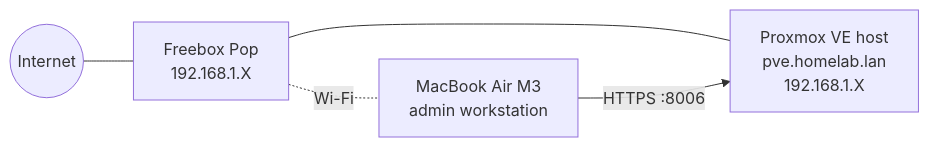
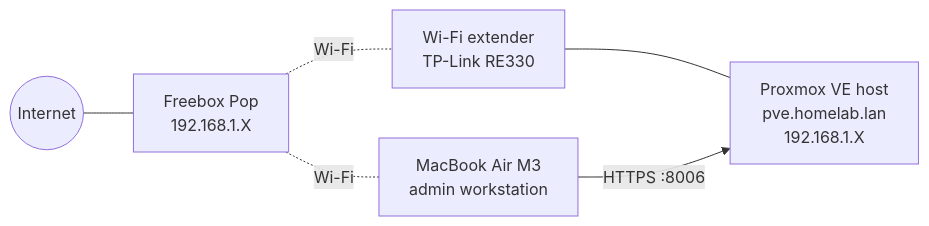
Before and after one commit to ObrouEva/homelab: the diagram in README.md, drawn with Mermaid. The commit also changed other lines of this file and 4 other files, not shown here.

````diff
--- a/README.md
+++ b/README.md
@@ -23,7 +23,8 @@
 ```mermaid
 flowchart LR
     Internet((Internet)) --- Box[Freebox Pop<br/>192.168.1.X]
-    Box --- PVE[Proxmox VE host<br/>pve.homelab.lan<br/>192.168.1.X]
+    Box -. Wi-Fi .- RE[Wi-Fi extender<br/>TP-Link RE330]
+    RE --- PVE[Proxmox VE host<br/>pve.homelab.lan<br/>192.168.1.X]
     Box -. Wi-Fi .- Mac[MacBook Air M3<br/>admin workstation]
     Mac -- "HTTPS :8006" --> PVE
 ```
````
